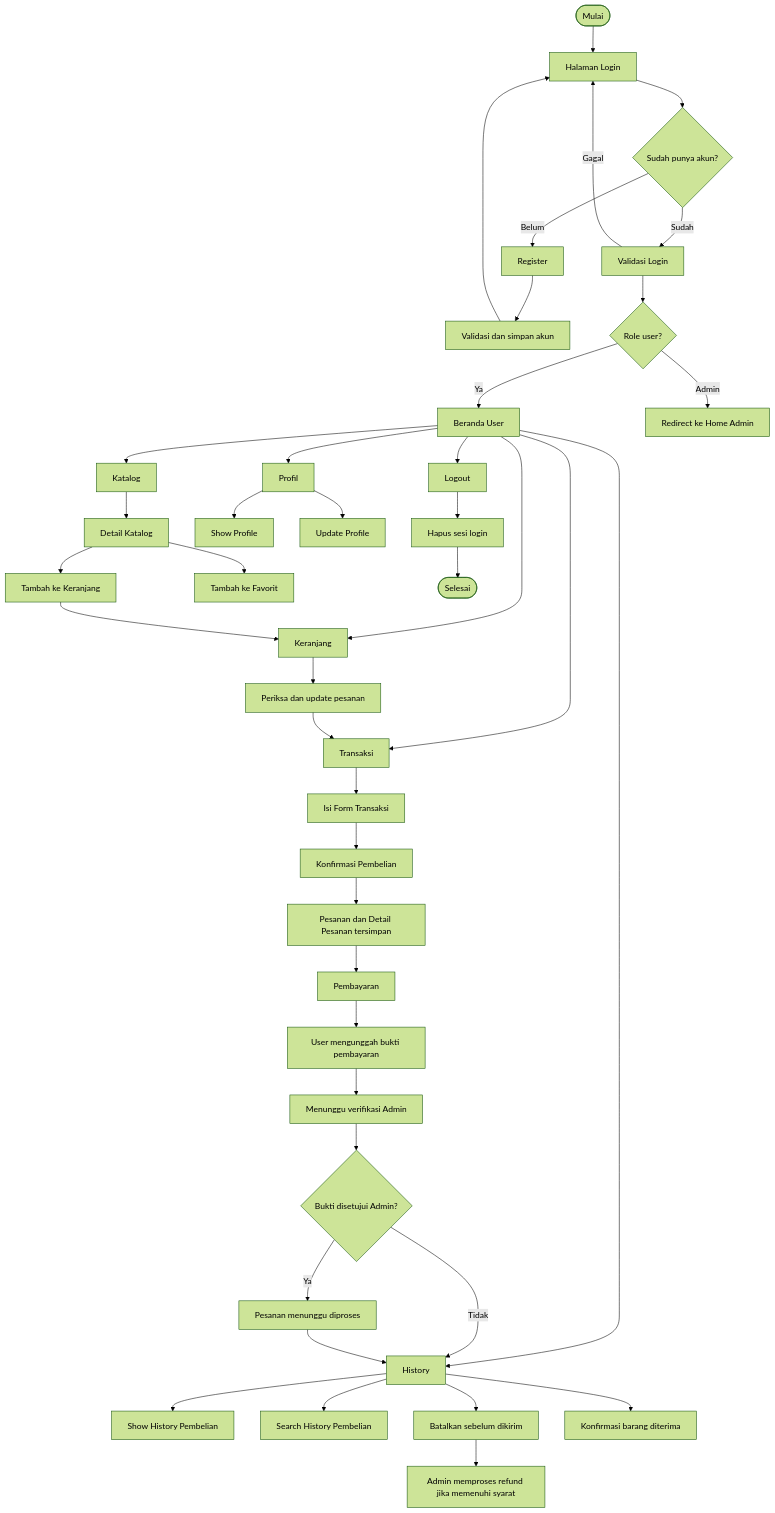
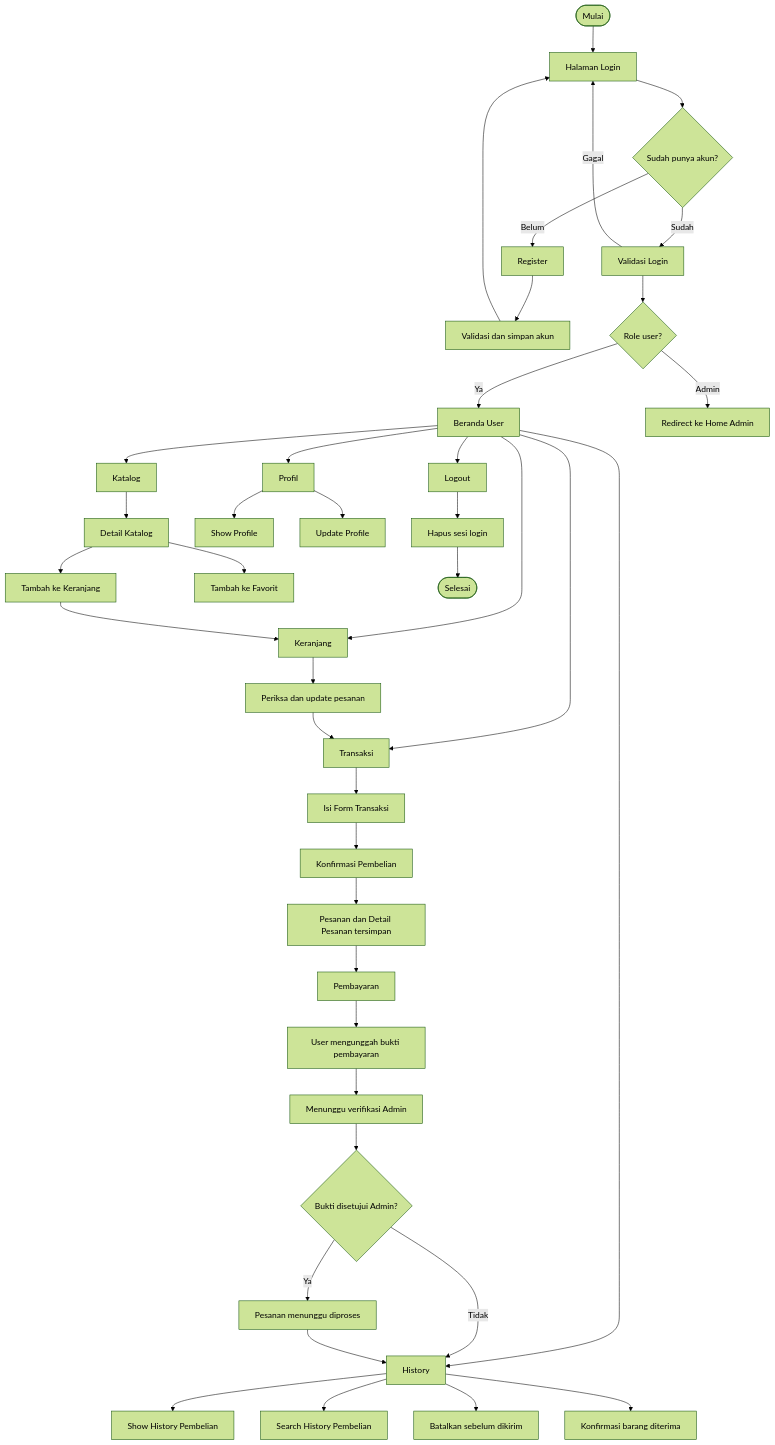
Before and after one commit to AjiHEHE-web/UPK-Wirenest: the first of 2 diagrams in ALUR_USER.md, drawn with Mermaid (forest theme). The commit also changed other lines of this file and 36 other files, not shown here.

````diff
--- a/ALUR_USER.md
+++ b/ALUR_USER.md
@@ -23,44 +23,43 @@
 ```mermaid
 flowchart TD
     A([Mulai]) --> B[Halaman Login]
     B --> C{Sudah punya akun?}
     C -- Belum --> D[Register]
     D --> E[Validasi dan simpan akun]
     E --> B
     C -- Sudah --> F[Validasi Login]
     F --> G{Role user?}
     G -- Ya --> H[Beranda User]
     G -- Admin --> I[Redirect ke Home Admin]
     F -- Gagal --> B
     H --> J[Katalog]
     H --> K[Keranjang]
     H --> L[History]
     H --> M[Transaksi]
     H --> N[Profil]
     H --> O[Logout]
     J --> P[Detail Katalog]
     P --> Q[Tambah ke Keranjang]
     P --> R[Tambah ke Favorit]
     Q --> K
     K --> S[Periksa dan update pesanan]
     S --> M
     M --> T[Isi Form Transaksi]
     T --> U[Konfirmasi Pembelian]
     U --> V[Pesanan dan Detail Pesanan tersimpan]
     V --> W[Pembayaran]
     W --> X[User mengunggah bukti pembayaran]
     X --> Y[Menunggu verifikasi Admin]
     Y --> Y1{Bukti disetujui Admin?}
     Y1 -- Tidak --> L
     Y1 -- Ya --> Y2[Pesanan menunggu diproses]
     Y2 --> L
     L --> Z[Show History Pembelian]
     L --> AA[Search History Pembelian]
     L --> AB[Batalkan sebelum dikirim]
-    AB --> AH[Admin memproses refund jika memenuhi syarat]
     L --> AC[Konfirmasi barang diterima]
     N --> AD[Show Profile]
     N --> AE[Update Profile]
     O --> AF[Hapus sesi login]
     AF --> AG([Selesai])
 ```
````
